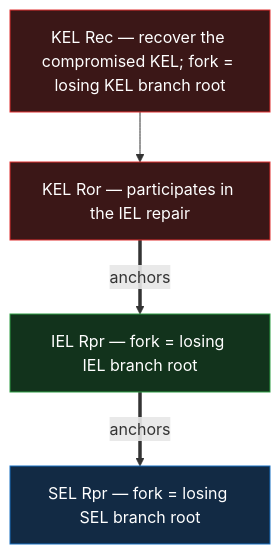
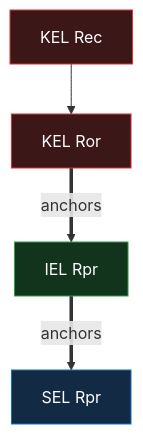
The second of 2 diagrams in docs/design/primitives/data/event-logs/iel/reconciliation.md (jasoncolburne/vdti), drawn with Mermaid before and after one commit. The commit also changed other lines of this file and 7 other files, not shown here.

Commit message:
VDTI-10: Diagram updates

````diff
--- a/docs/design/primitives/data/event-logs/iel/reconciliation.md
+++ b/docs/design/primitives/data/event-logs/iel/reconciliation.md
@@ -41,11 +41,11 @@
 ```mermaid
 flowchart TB
-  Rec["KEL Rec — recover the compromised KEL; fork = losing KEL branch root"]:::kel --> Ror["KEL Ror — participates in the IEL repair"]:::kel
-  Rpr_i["IEL Rpr — fork = losing IEL branch root"]:::iel
-  Rpr_s["SEL Rpr — fork = losing SEL branch root"]:::sel
+  Rec["KEL Rec"]:::kel --> Ror["KEL Ror"]:::kel
+  Rpr_i["IEL Rpr"]:::iel
+  Rpr_s["SEL Rpr"]:::sel
   Ror ==>|anchors| Rpr_i
   Rpr_i ==>|anchors| Rpr_s
   classDef kel fill:#3b1717,stroke:#e03131,color:#fff
   classDef iel fill:#12331c,stroke:#2f9e44,color:#fff
   classDef sel fill:#122a44,stroke:#1971c2,color:#fff
 ```
````
